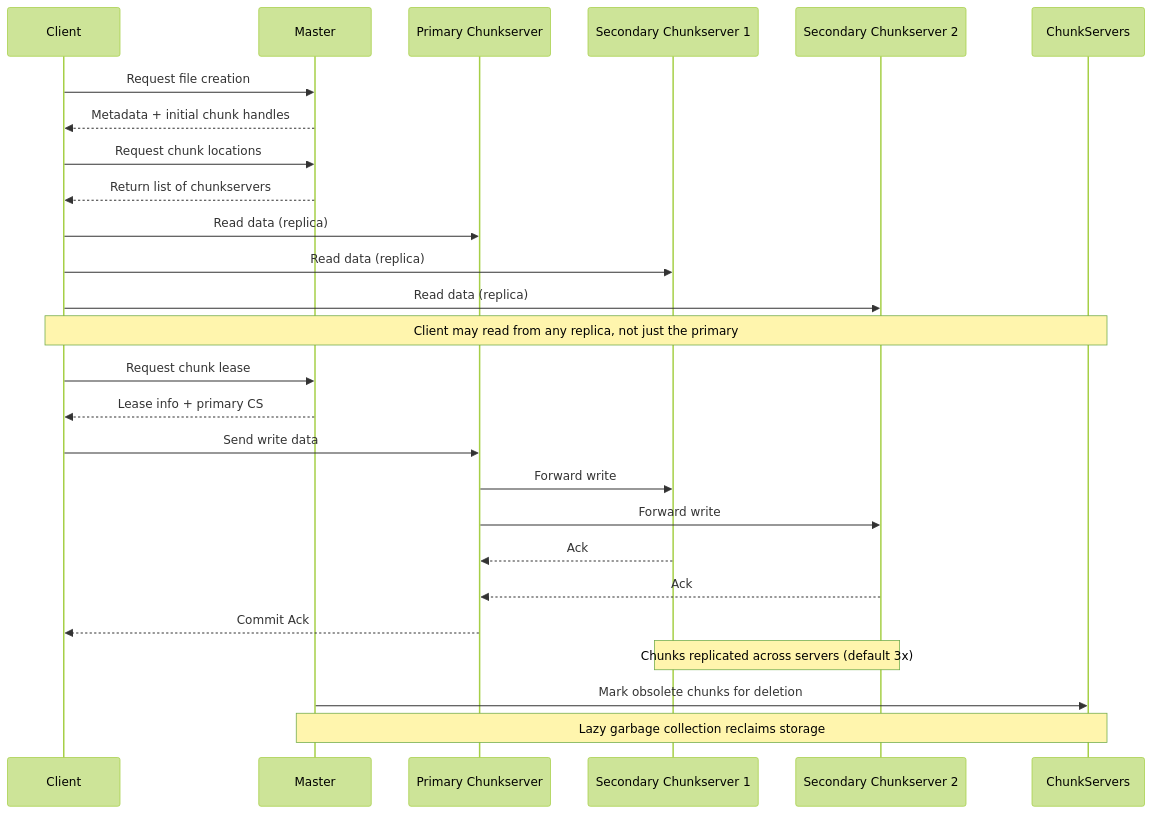
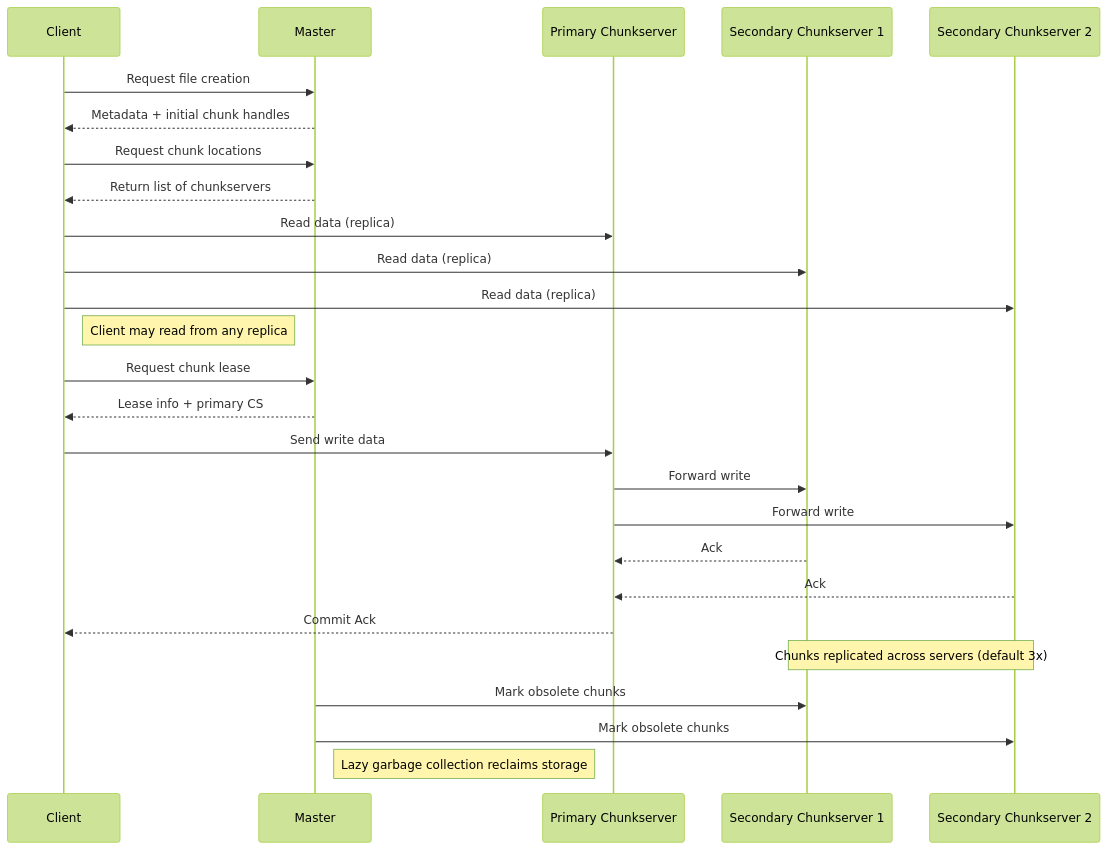
The second of 2 diagrams in system-design/designs/gfs/gfs.md (brandon-benge/InterviewPrep), drawn with Mermaid (forest theme) before and after one commit. The commit also changed other lines of this file and 1 other file, not shown here.

Commit message:
continue to try and fix syntax issues with the github parser for mermaid

````diff
--- a/system-design/designs/gfs/gfs.md
+++ b/system-design/designs/gfs/gfs.md
@@ -82,37 +82,38 @@
 ```mermaid
 sequenceDiagram
     participant Client
     participant Master
     participant PrimaryCS as Primary Chunkserver
     participant SecondaryCS1 as Secondary Chunkserver 1
     participant SecondaryCS2 as Secondary Chunkserver 2
 
     %% File Creation
     Client->>Master: Request file creation
     Master-->>Client: Metadata + initial chunk handles
 
     %% Read
     Client->>Master: Request chunk locations
     Master-->>Client: Return list of chunkservers
     Client->>PrimaryCS: Read data (replica)
     Client->>SecondaryCS1: Read data (replica)
     Client->>SecondaryCS2: Read data (replica)
-    Note over Client,ChunkServers: Client may read from any replica, not just the primary
+    Note right of Client: Client may read from any replica
 
     %% Write/Append
     Client->>Master: Request chunk lease
     Master-->>Client: Lease info + primary CS
     Client->>PrimaryCS: Send write data
     PrimaryCS->>SecondaryCS1: Forward write
     PrimaryCS->>SecondaryCS2: Forward write
     SecondaryCS1-->>PrimaryCS: Ack
     SecondaryCS2-->>PrimaryCS: Ack
     PrimaryCS-->>Client: Commit Ack
 
     %% Replication
     Note over SecondaryCS1,SecondaryCS2: Chunks replicated across servers (default 3x)
 
     %% Garbage Collection
-    Master->>ChunkServers: Mark obsolete chunks for deletion
-    Note over Master,ChunkServers: Lazy garbage collection reclaims storage
+    Master->>SecondaryCS1: Mark obsolete chunks
+    Master->>SecondaryCS2: Mark obsolete chunks
+    Note right of Master: Lazy garbage collection reclaims storage
 ```
````
